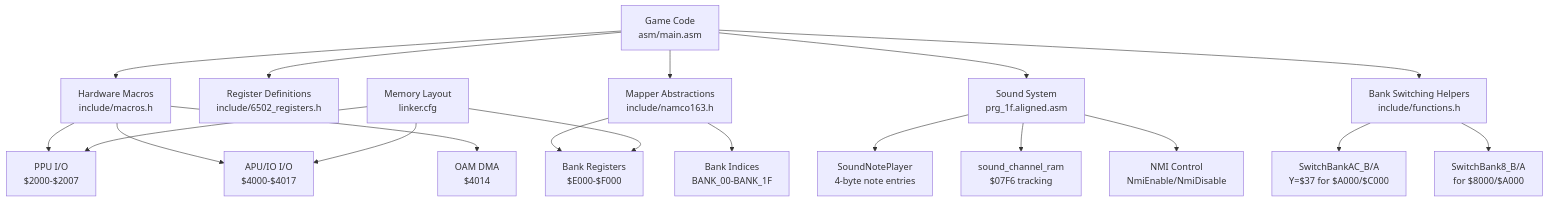
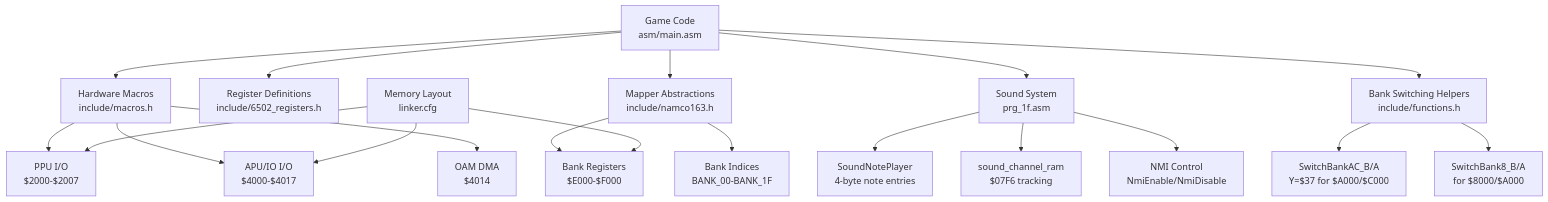
One commit to rabbyzero/sango2dasm changed the second of 5 diagrams in .qoder/repowiki/en/content/Hardware Abstraction Layer/Hardware Abstraction Layer.md. Above: the diagram before and after it, drawn with Mermaid. The commit also changed other lines of this file and 31 other files, not shown here.

Commit message:
prg bank $0a $0b WIP. rename prg_1f.aligned.asm to prg_1f.asm.

````diff
--- a/.qoder/repowiki/en/content/Hardware Abstraction Layer/Hardware Abstraction Layer.md
+++ b/.qoder/repowiki/en/content/Hardware Abstraction Layer/Hardware Abstraction Layer.md
@@ -163,21 +163,21 @@
 ```mermaid
 graph TB
 GAME["Game Code<br/>asm/main.asm"] --> MACROS["Hardware Macros<br/>include/macros.h"]
 GAME --> REGDEF["Register Definitions<br/>include/6502_registers.h"]
 GAME --> MAPPER["Mapper Abstractions<br/>include/namco163.h"]
-GAME --> SOUND["Sound System<br/>prg_1f.aligned.asm"]
+GAME --> SOUND["Sound System<br/>prg_1f.asm"]
 GAME --> HELPERS["Bank Switching Helpers<br/>include/functions.h"]
 MACROS --> PPU["PPU I/O<br/>$2000-$2007"]
 MACROS --> APU["APU/IO I/O<br/>$4000-$4017"]
 MACROS --> DMA["OAM DMA<br/>$4014"]
 MAPPER --> BANKREG["Bank Registers<br/>$E000-$F000"]
 MAPPER --> BANKIDX["Bank Indices<br/>BANK_00-BANK_1F"]
 SOUND --> NOTEPLAYER["SoundNotePlayer<br/>4-byte note entries"]
 SOUND --> CHANNELRAM["sound_channel_ram<br/>$07F6 tracking"]
 SOUND --> NMICTRL["NMI Control<br/>NmiEnable/NmiDisable"]
 HELPERS --> SWITCHAC["SwitchBankAC_B/A<br/>Y=$37 for $A000/$C000"]
 HELPERS --> SWITCH8["SwitchBank8_B/A<br/>for $8000/$A000"]
 MEM["Memory Layout<br/>linker.cfg"] --> PPU
 MEM --> APU
 MEM --> BANKREG
 ```
````
